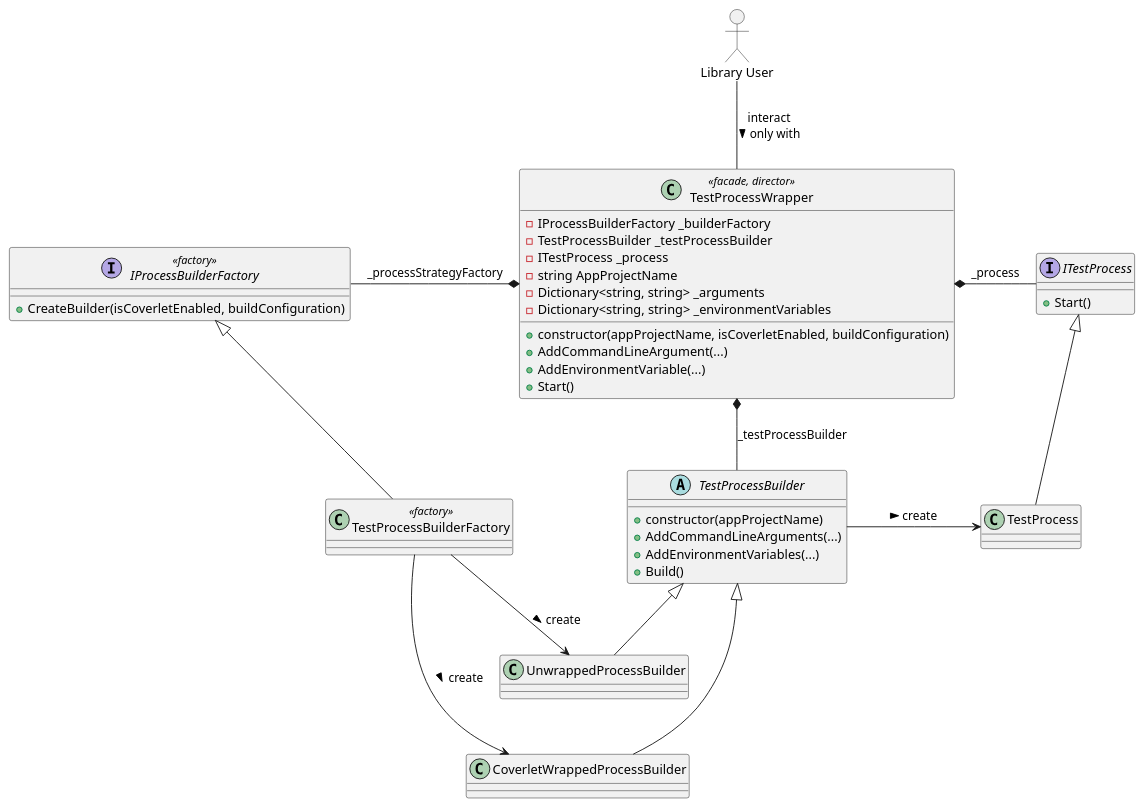
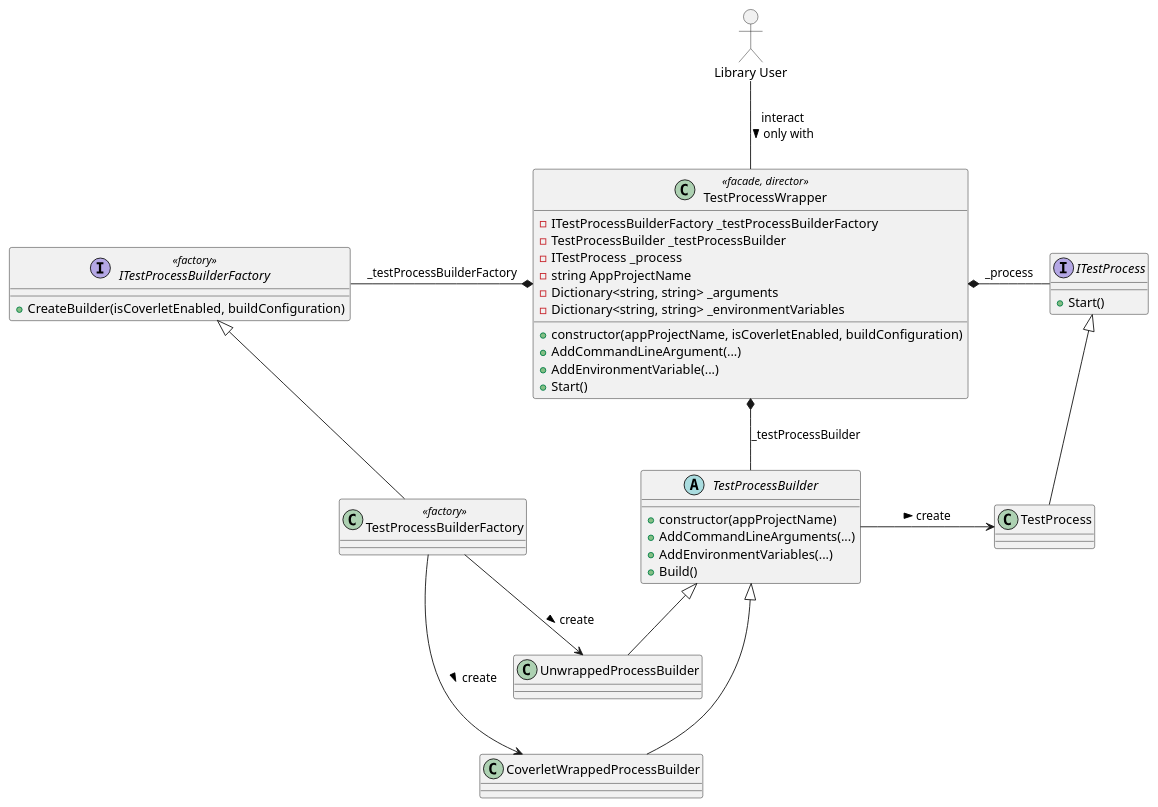
Before and after one commit to wonderbird/TestProcessWrapper: the diagram in docs/target_create_process.puml, drawn with PlantUML. The commit also changed 6 other files, not shown here.

Commit message:
refactor: introduce TestProcessBuilderFactory to create the UnwrappedProcessBuilder as late as possible

```diff
--- a/docs/target_create_process.puml
+++ b/docs/target_create_process.puml
@@ -1,59 +1,59 @@
 @startuml
 allowmixing
 
 actor "Library User" as user
 
 class "TestProcessWrapper" as wrapper  << facade, director >> {
-  - IProcessBuilderFactory _builderFactory
+  - ITestProcessBuilderFactory _testProcessBuilderFactory
   - TestProcessBuilder _testProcessBuilder
   - ITestProcess _process
   - string AppProjectName
   - Dictionary<string, string> _arguments
   - Dictionary<string, string> _environmentVariables
   
   + constructor(appProjectName, isCoverletEnabled, buildConfiguration)
   + AddCommandLineArgument(...)
   + AddEnvironmentVariable(...)
   + Start()
 }
 
 user -- wrapper : interact\nonly with >
 
-interface "IProcessBuilderFactory" as factory_if << factory >> {
+interface "ITestProcessBuilderFactory" as factory_if << factory >> {
   + CreateBuilder(isCoverletEnabled, buildConfiguration)
 }
 
 class "TestProcessBuilderFactory" as factory << factory >>
 factory_if <|-- factory
 
-factory_if -* wrapper : _processStrategyFactory
+factory_if -* wrapper : _testProcessBuilderFactory
 
 abstract class "TestProcessBuilder" as builder {
   + constructor(appProjectName)
   + AddCommandLineArguments(...)
   + AddEnvironmentVariables(...)
   + Build()
 }
 
 wrapper *- builder : _testProcessBuilder
 
 class "UnwrappedProcessBuilder" as process_builder
 builder <|-- process_builder
 factory --> process_builder : create >
 
 class "CoverletWrappedProcessBuilder" as coverlet_builder
 builder <|--- coverlet_builder
 factory ---> coverlet_builder : create >
 
 interface "ITestProcess" as process_if {
   + Start()
 }
 
 wrapper *- process_if : _process
 
 class "TestProcess" as process
 process_if <|-- process
 
 builder -> process : create >
 
 @enduml
```
